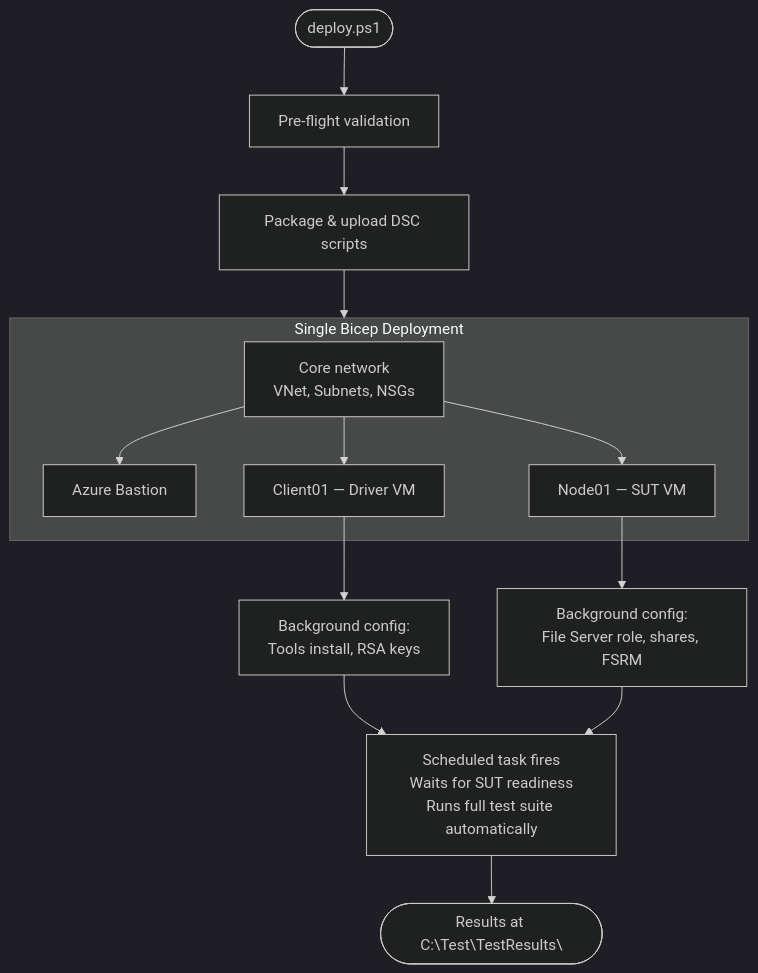
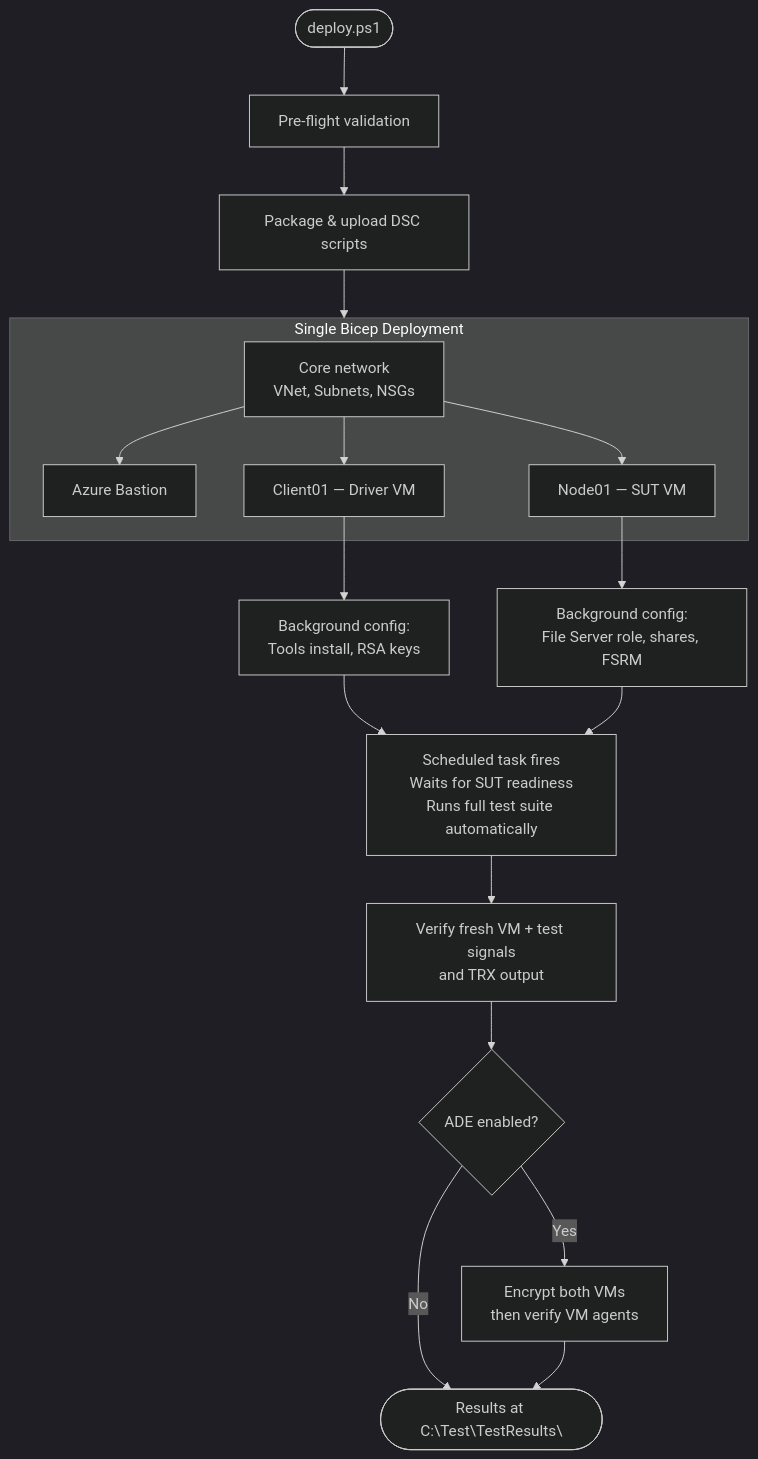
The third of 4 diagrams in TestSuites/FileServer/azure-automation/README.md (microsoft/WindowsProtocolTestSuites), drawn with Mermaid (dark theme) before and after one commit. The commit also changed other lines of this file and 28 other files, not shown here.

````diff
--- a/TestSuites/FileServer/azure-automation/README.md
+++ b/TestSuites/FileServer/azure-automation/README.md
@@ -175,21 +183,25 @@
 ```mermaid
 flowchart TB
     start([deploy.ps1]) --> preflight[Pre-flight validation]
     preflight --> upload[Package & upload DSC scripts]
 
     upload --> deploy
 
     subgraph deploy [Single Bicep Deployment]
         net[Core network<br/>VNet, Subnets, NSGs]
         net --> bastion[Azure Bastion]
         net --> driver[Client01 — Driver VM]
         net --> sut[Node01 — SUT VM]
     end
 
     driver --> ext_driver[Background config:<br/>Tools install, RSA keys]
     sut --> ext_sut[Background config:<br/>File Server role, shares, FSRM]
 
     ext_driver --> test[Scheduled task fires<br/>Waits for SUT readiness<br/>Runs full test suite automatically]
     ext_sut --> test
-    test --> results([Results at C:\Test\TestResults\])
+    test --> verify[Verify fresh VM + test signals<br/>and TRX output]
+    verify --> ade{ADE enabled?}
+    ade -- Yes --> encrypt[Encrypt both VMs<br/>then verify VM agents]
+    ade -- No --> results([Results at C:\Test\TestResults\])
+    encrypt --> results
 ```
````
